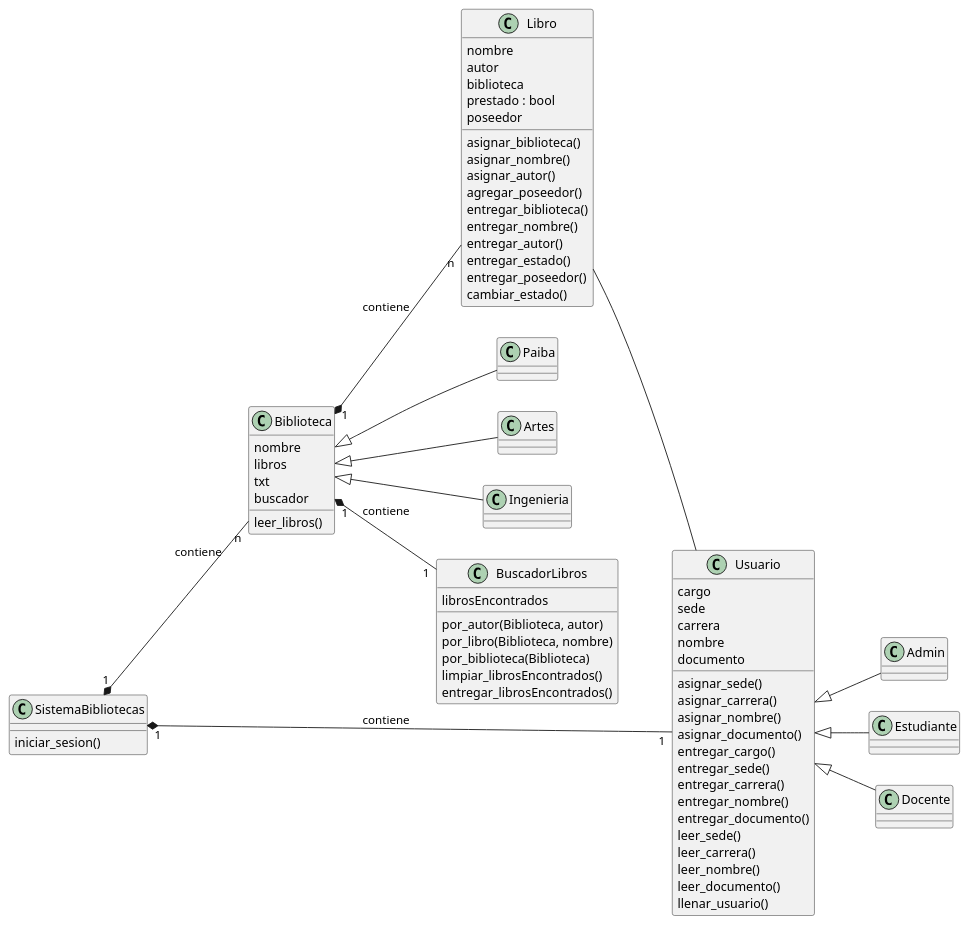
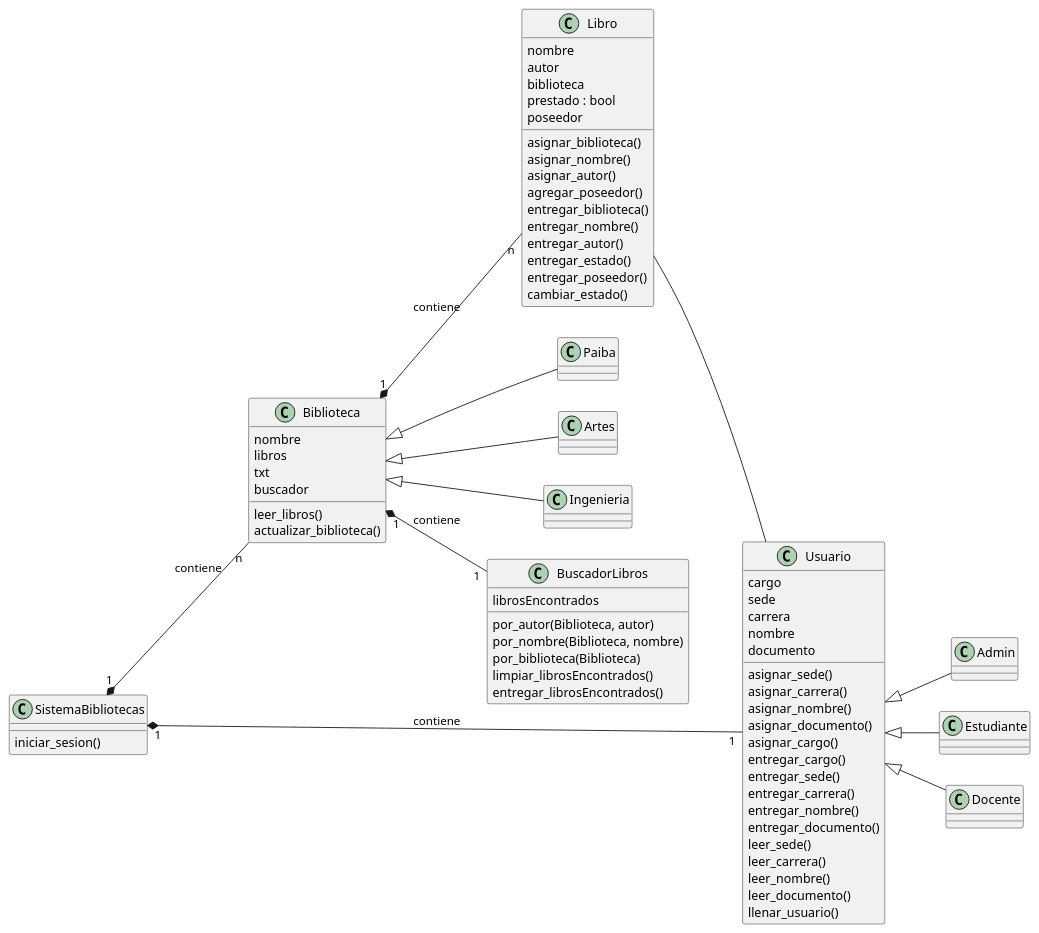
Before and after one commit to judlozanol/Biblioteca-UD: the diagram in diagramas/clases.plantuml, drawn with PlantUML. The commit also changed 17 other files, not shown here.

```diff
--- a/diagramas/clases.plantuml
+++ b/diagramas/clases.plantuml
@@ -1,75 +1,77 @@
 @startuml
 left to right direction
 Biblioteca "1" *-- "n" Libro : contiene
 Biblioteca <|-- Paiba
 Biblioteca <|-- Artes
 Biblioteca <|-- Ingenieria
 Libro -- Usuario
 class Libro{
     nombre
     autor
     biblioteca
     prestado : bool
     poseedor
     asignar_biblioteca()
     asignar_nombre()
     asignar_autor()
     agregar_poseedor()
     entregar_biblioteca()
     entregar_nombre()
     entregar_autor()
     entregar_estado()
     entregar_poseedor()
     cambiar_estado()
 }
 
 class Biblioteca{
     nombre
     libros
     txt
     buscador
     leer_libros()
+    actualizar_biblioteca()
 }
 
 Usuario <|-- Admin
 Usuario <|-- Estudiante
 Usuario <|-- Docente
 class Usuario{
     cargo
     sede
     carrera
     nombre
     documento
     asignar_sede()
     asignar_carrera()
     asignar_nombre()
     asignar_documento()
+    asignar_cargo()
     entregar_cargo()
     entregar_sede()
     entregar_carrera()
     entregar_nombre()
     entregar_documento()
     leer_sede()
     leer_carrera()
     leer_nombre()
     leer_documento()
     llenar_usuario()
 }
 
 Biblioteca "1" *-- "1" BuscadorLibros:contiene
 SistemaBibliotecas "1" *-- "1" Usuario:contiene
 SistemaBibliotecas "1" *-- "n" Biblioteca:contiene
 class BuscadorLibros{
     librosEncontrados
     por_autor(Biblioteca, autor)
-    por_libro(Biblioteca, nombre)
+    por_nombre(Biblioteca, nombre)
     por_biblioteca(Biblioteca)
     limpiar_librosEncontrados()
     entregar_librosEncontrados()
 }
 
 class SistemaBibliotecas{
     iniciar_sesion()
     
 }
 @enduml
```
